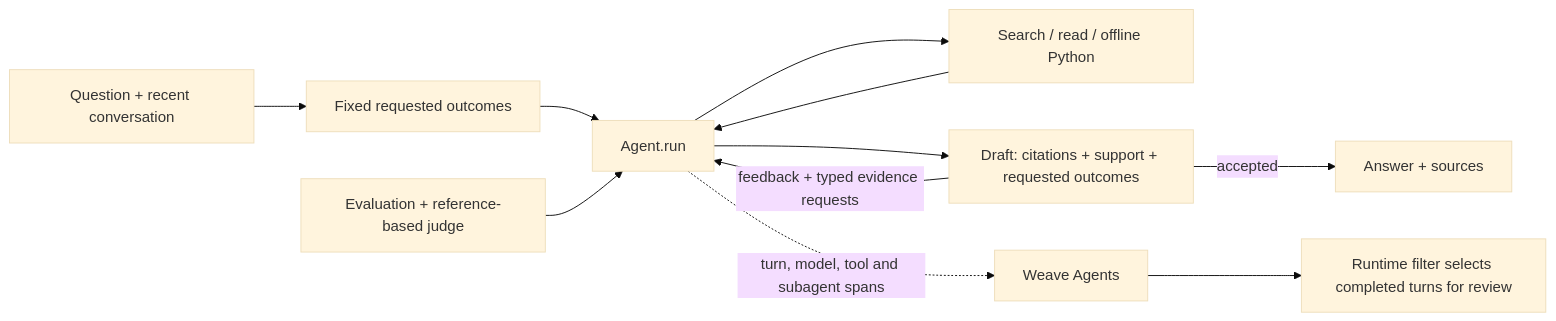
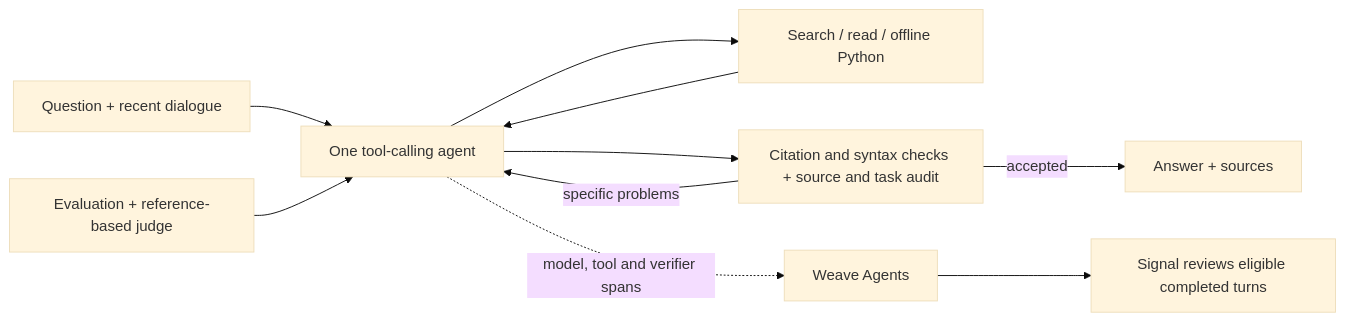
Before and after one commit to devsodhirao/coreweaving: the diagram in README.md, drawn with Mermaid (base theme). The commit also changed other lines of this file and 9 other files, not shown here.

````diff
--- a/README.md
+++ b/README.md
@@ -60,13 +36,12 @@
 ```mermaid
 flowchart LR
-    Q[Question + recent conversation] --> P[Fixed requested outcomes]
-    P --> A[Agent.run]
+    Q[Question + recent dialogue] --> A[One tool-calling agent]
     A --> T[Search / read / offline Python]
     T --> A
-    A --> V[Draft: citations + support + requested outcomes]
-    V -->|feedback + typed evidence requests| A
+    A --> V[Citation and syntax checks + source and task audit]
+    V -->|specific problems| A
     V -->|accepted| U[Answer + sources]
-    A -. turn, model, tool and subagent spans .-> W[Weave Agents]
+    A -. model, tool and verifier spans .-> W[Weave Agents]
     E[Evaluation + reference-based judge] --> A
-    W --> S[Runtime filter selects completed turns for review]
+    W --> S[Signal reviews eligible completed turns]
 ```
````
